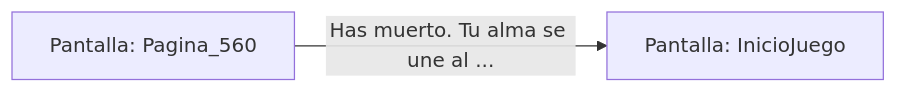
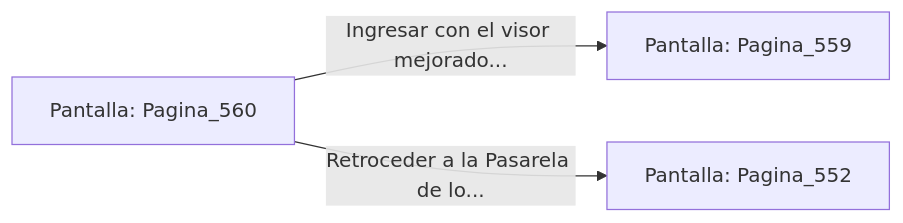
Before and after one commit to metsuke/mpl: the diagram in sample/eligejuego-vault/Pantalla_Pagina_560.md, drawn with Mermaid. The commit also changed other lines of this file and 635 other files, not shown here.

First line of the commit message:
fix: añadir Pagina_1 como pantalla inicial en capitulo_01.mpl

````diff
--- a/sample/eligejuego-vault/Pantalla_Pagina_560.md
+++ b/sample/eligejuego-vault/Pantalla_Pagina_560.md
@@ -17,5 +22,6 @@
 ```mermaid
 graph LR
     P_Pagina_560["Pantalla: Pagina_560"]
-    P_Pagina_560 -->|"Has muerto. Tu alma se une al ..."| P_InicioJuego["Pantalla: InicioJuego"]
+    P_Pagina_560 -->|"Ingresar con el visor mejorado..."| P_Pagina_559["Pantalla: Pagina_559"]
+    P_Pagina_560 -->|"Retroceder a la Pasarela de lo..."| P_Pagina_552["Pantalla: Pagina_552"]
 ```
````
